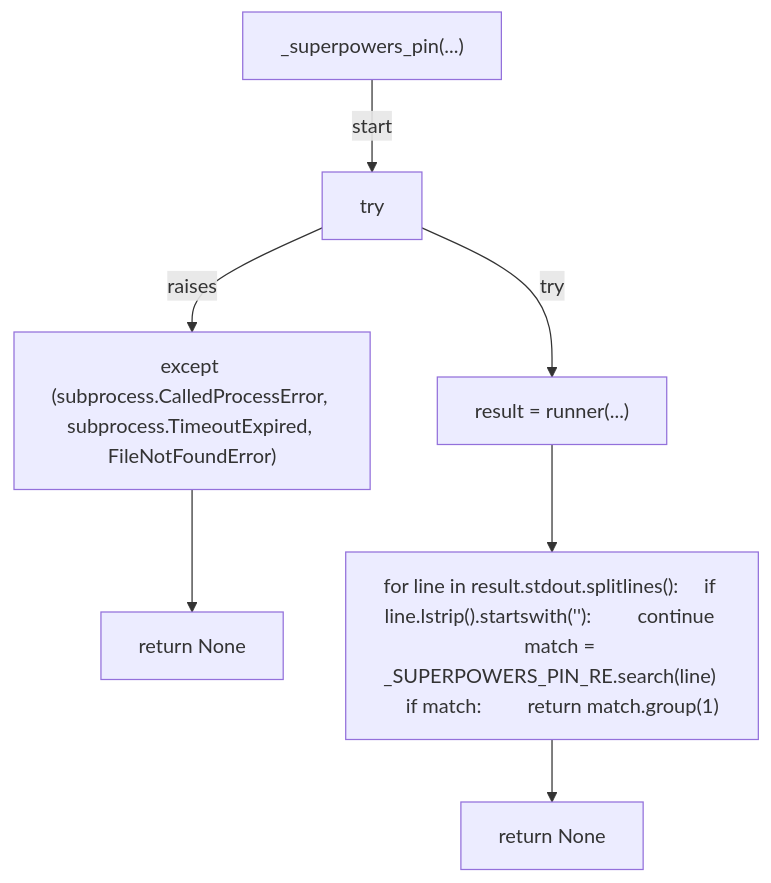
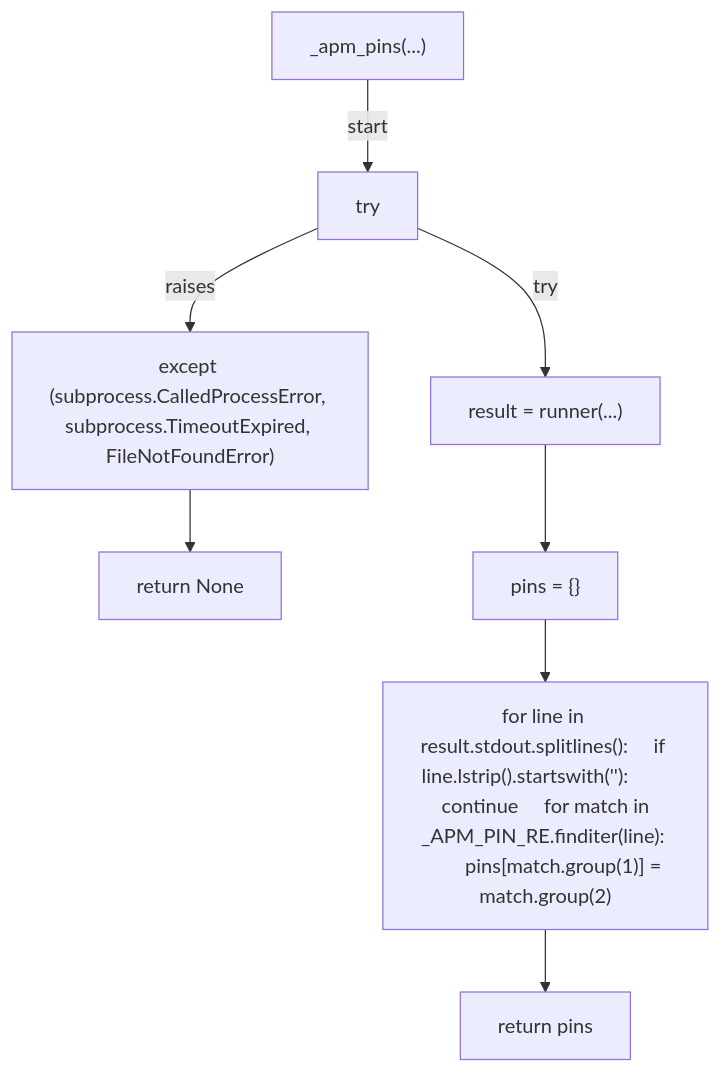
Diagram 24 of 31 in docs/generated/scripts/ast/gate_agents_skills_edit.md (tvna/claude-md), drawn with Mermaid before and after one commit. The commit also changed other lines of this file, not shown here.

First line of the commit message:
docs(generated): regenerate decision tree and workflow diagrams

````diff
--- a/docs/generated/scripts/ast/gate_agents_skills_edit.md
+++ b/docs/generated/scripts/ast/gate_agents_skills_edit.md
@@ -345,16 +345,18 @@
 ```mermaid
 flowchart TD
-    N001["_superpowers_pin(...)"]
+    N001["_apm_pins(...)"]
     N002["try"]
     N003["result = runner(...)"]
     N004["except (subprocess.CalledProcessError, subprocess.TimeoutExpired, FileNotFoundError)"]
     N005["return None"]
-    N006["for line in result.stdout.splitlines():     if line.lstrip().startswith('<str>'):         continue     match = _SUPERPOWERS_PIN_RE.search(line)     if match:         return match.group(1)"]
-    N007["return None"]
+    N006["pins = {}"]
+    N007["for line in result.stdout.splitlines():     if line.lstrip().startswith('<str>'):         continue     for match in _APM_PIN_RE.finditer(line):         pins[match.group(1)] = match.group(2)"]
+    N008["return pins"]
     N001 -->|"start"| N002
     N002 -->|"try"| N003
     N002 -->|"raises"| N004
     N004 --> N005
     N003 --> N006
     N006 --> N007
+    N007 --> N008
 ```
````
